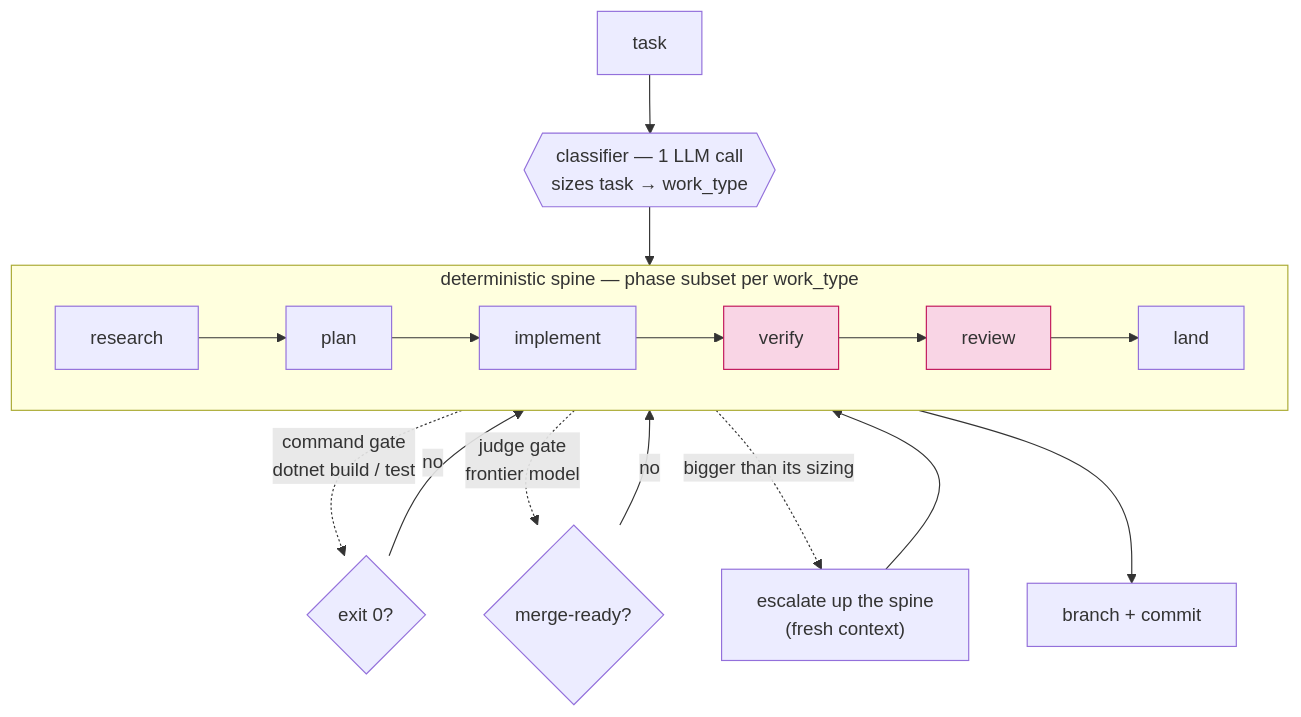
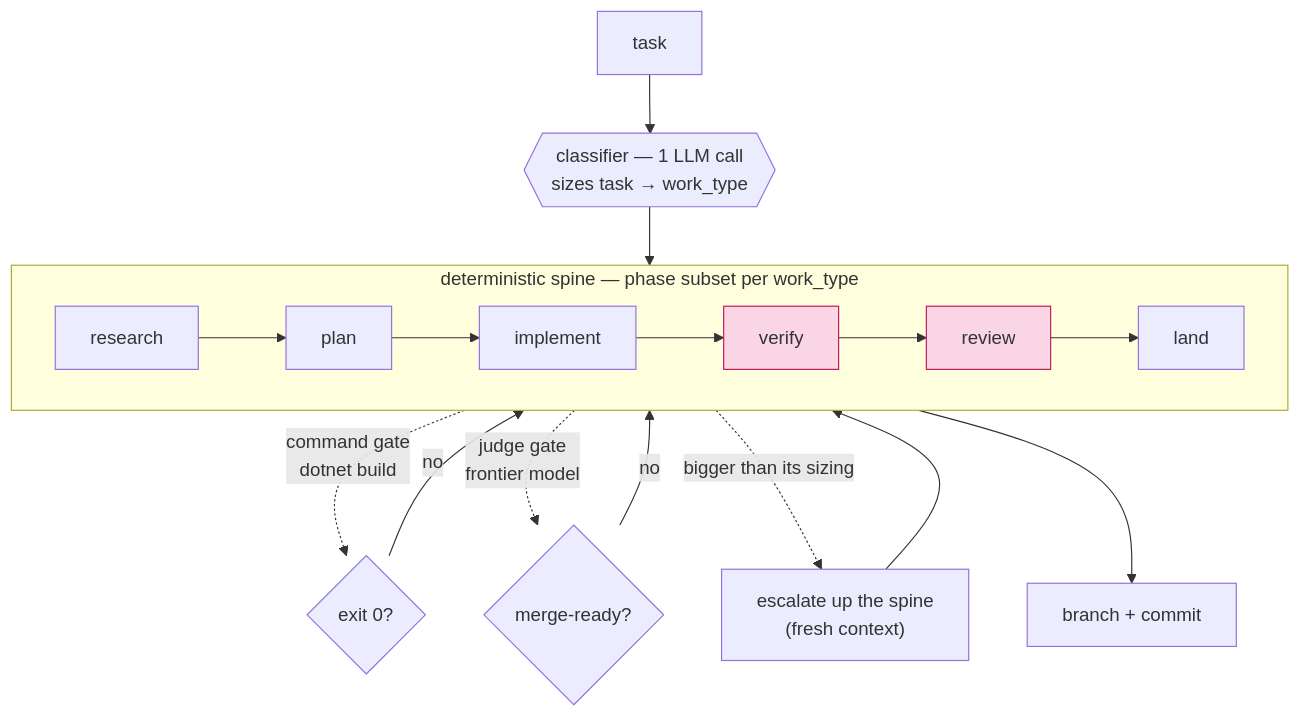
Before and after one commit to marcobdv/Ratchet: the third of 3 diagrams in README.md, drawn with Mermaid. The commit also changed other lines of this file and 3 other files, not shown here.

````diff
--- a/README.md
+++ b/README.md
@@ -128,21 +133,21 @@
 ```mermaid
 flowchart TB
     TASK["task"] --> CLASS{{"classifier — 1 LLM call<br/>sizes task → work_type"}}
     CLASS --> SPINE
 
     subgraph SPINE["deterministic spine — phase subset per work_type"]
         direction LR
         R["research"] --> P["plan"] --> I["implement"] --> V["verify"] --> RV["review"] --> L["land"]
     end
 
-    V -. "command gate<br/>dotnet build / test" .-> VG{exit 0?}
+    V -. "command gate<br/>dotnet build" .-> VG{exit 0?}
     VG -- no --> I
     RV -. "judge gate<br/>frontier model" .-> RG{merge-ready?}
     RG -- no --> RV
     I -. "bigger than its sizing" .-> ESC["escalate up the spine<br/>(fresh context)"]
     ESC --> R
     L --> DONE["branch + commit"]
 
     classDef floor fill:#f9d5e5,stroke:#c2185b,color:#333
     class V,RV floor
 ```
````
